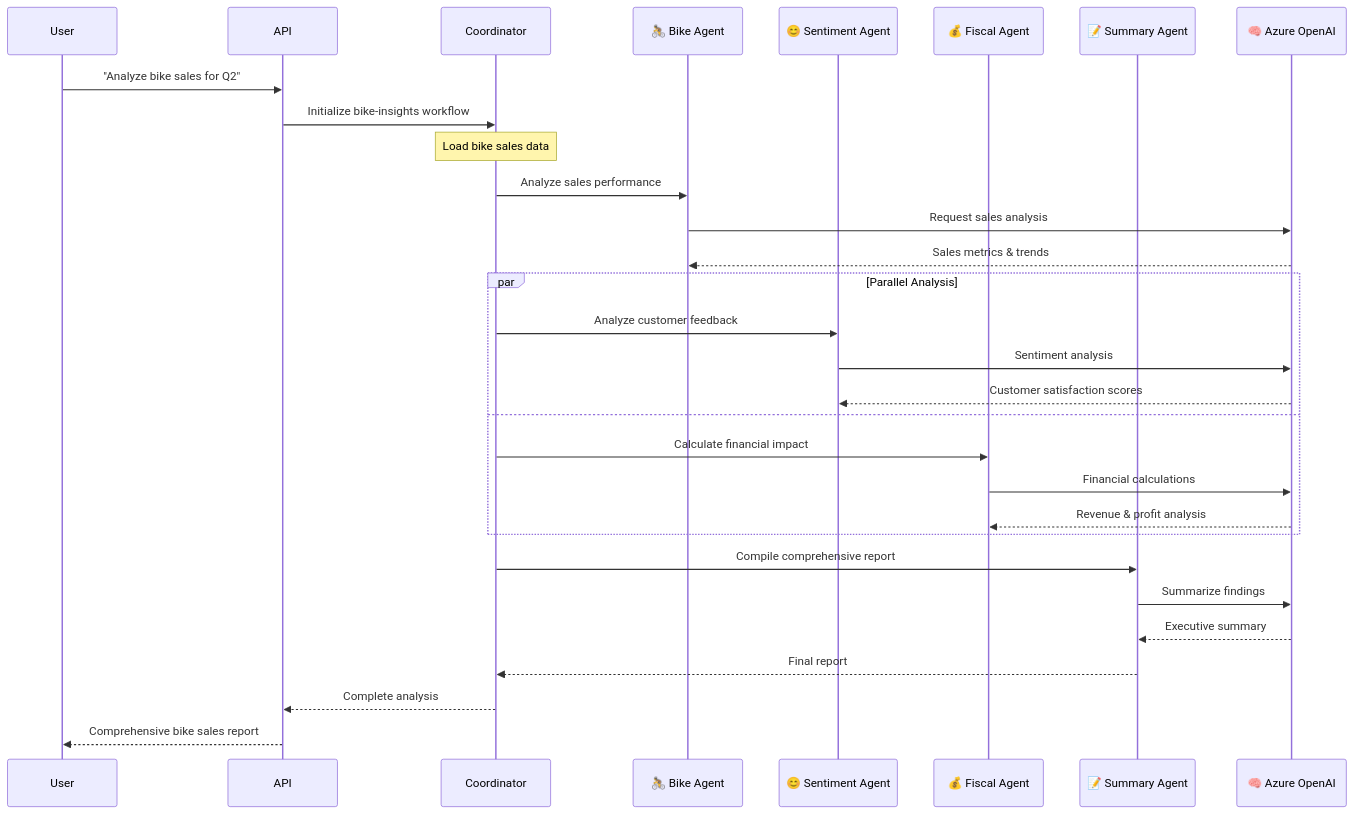
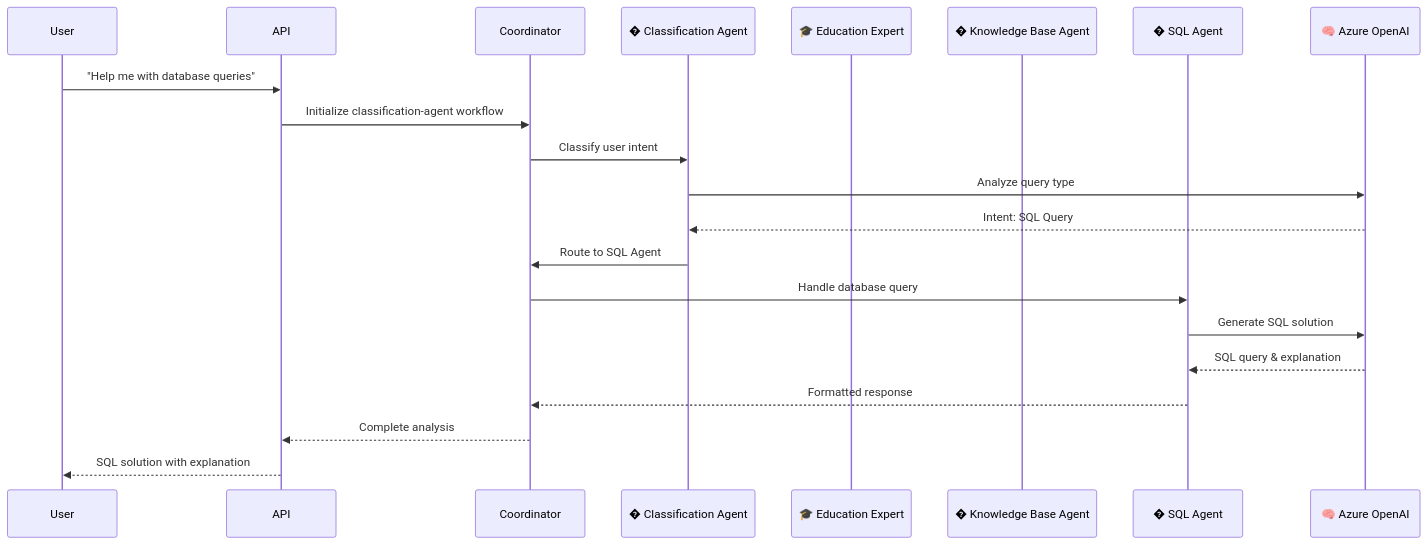
The second of 10 diagrams in docs/workflows/README.md (the-ingenious-dark-knight/Insight_Ingenious), drawn with Mermaid before and after one commit. The commit also changed other lines of this file and 3 other files, not shown here.

Commit message:
fix: Update API documentation to include new workflows and agents for classification and education

````diff
--- a/docs/workflows/README.md
+++ b/docs/workflows/README.md
@@ -65,37 +65,27 @@
 ```mermaid
 sequenceDiagram
     participant User
     participant API
     participant Coordinator
-    participant BikeAgent as 🚴 Bike Agent
-    participant SentimentAgent as 😊 Sentiment Agent
-    participant FiscalAgent as 💰 Fiscal Agent
-    participant SummaryAgent as 📝 Summary Agent
+    participant ClassificationAgent as � Classification Agent
+    participant EducationAgent as 🎓 Education Expert
+    participant KnowledgeAgent as � Knowledge Base Agent
+    participant SQLAgent as �️ SQL Agent
     participant AzureOpenAI as 🧠 Azure OpenAI
 
-    User->>API: "Analyze bike sales for Q2"
-    API->>Coordinator: Initialize bike-insights workflow
+    User->>API: "Help me with database queries"
+    API->>Coordinator: Initialize classification-agent workflow
 
-    Note over Coordinator: Load bike sales data
-    Coordinator->>BikeAgent: Analyze sales performance
-    BikeAgent->>AzureOpenAI: Request sales analysis
-    AzureOpenAI-->>BikeAgent: Sales metrics & trends
+    Coordinator->>ClassificationAgent: Classify user intent
+    ClassificationAgent->>AzureOpenAI: Analyze query type
+    AzureOpenAI-->>ClassificationAgent: Intent: SQL Query
 
-    par Parallel Analysis
-        Coordinator->>SentimentAgent: Analyze customer feedback
-        SentimentAgent->>AzureOpenAI: Sentiment analysis
-        AzureOpenAI-->>SentimentAgent: Customer satisfaction scores
-    and
-        Coordinator->>FiscalAgent: Calculate financial impact
-        FiscalAgent->>AzureOpenAI: Financial calculations
-        AzureOpenAI-->>FiscalAgent: Revenue & profit analysis
-    end
+    ClassificationAgent->>Coordinator: Route to SQL Agent
+    Coordinator->>SQLAgent: Handle database query
+    SQLAgent->>AzureOpenAI: Generate SQL solution
+    AzureOpenAI-->>SQLAgent: SQL query & explanation
 
-    Coordinator->>SummaryAgent: Compile comprehensive report
-    SummaryAgent->>AzureOpenAI: Summarize findings
-    AzureOpenAI-->>SummaryAgent: Executive summary
-
-    SummaryAgent-->>Coordinator: Final report
+    SQLAgent-->>Coordinator: Formatted response
     Coordinator-->>API: Complete analysis
-    API-->>User: Comprehensive bike sales report
+    API-->>User: SQL solution with explanation
 ```
````
